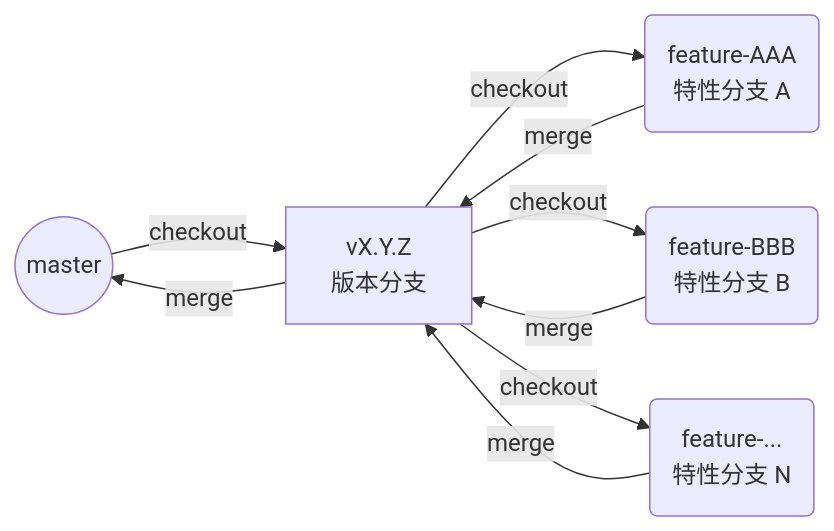
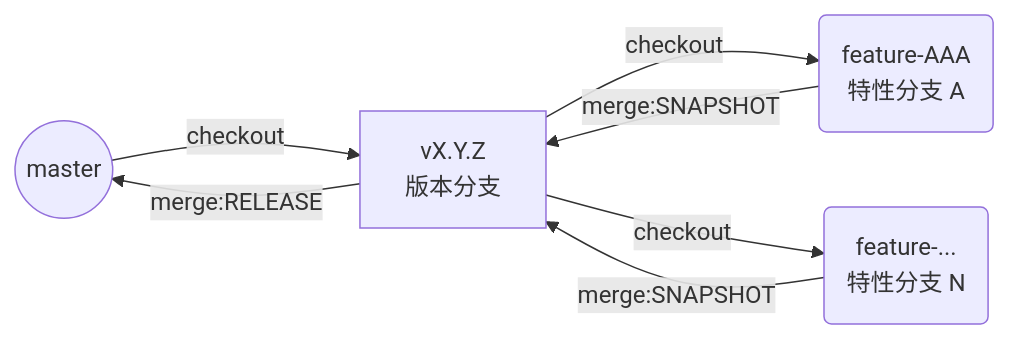
One commit to EXP-Codes/exp-libs-refactor changed the first of 2 diagrams in DevSOP.md. Above: the diagram before and after it, drawn with Mermaid.

````diff
--- a/DevSOP.md
+++ b/DevSOP.md
@@ -28,11 +28,9 @@
 ```mermaid
 graph LR
     master((master)) -- checkout --> version[vX.Y.Z<br/>版本分支]
     version -- checkout --> featureA(feature-AAA<br/>特性分支 A)
-    version -- checkout --> featureB(feature-BBB<br/>特性分支 B)
     version -- checkout --> featureN(feature-...<br/>特性分支 N)
-    featureA -- merge --> version
-    featureB -- merge --> version
-    featureN -- merge --> version
-    version -- merge --> master
+    featureA -- merge:SNAPSHOT --> version
+    featureN -- merge:SNAPSHOT --> version
+    version -- merge:RELEASE --> master
 ```
````
